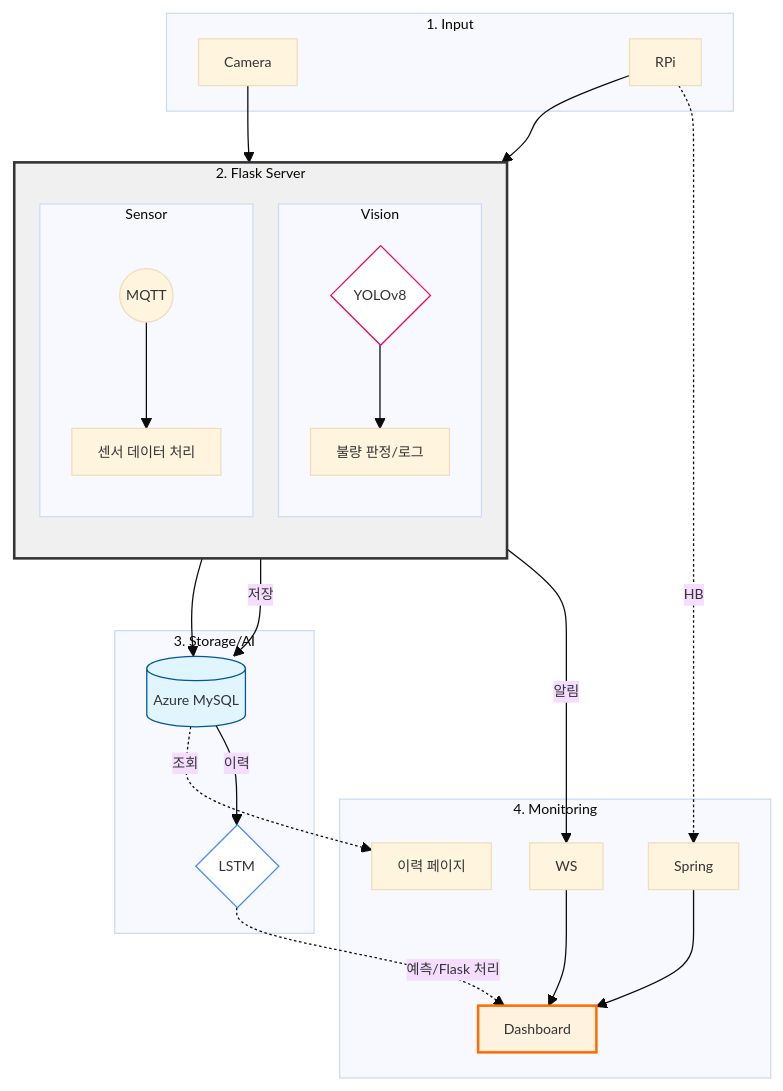
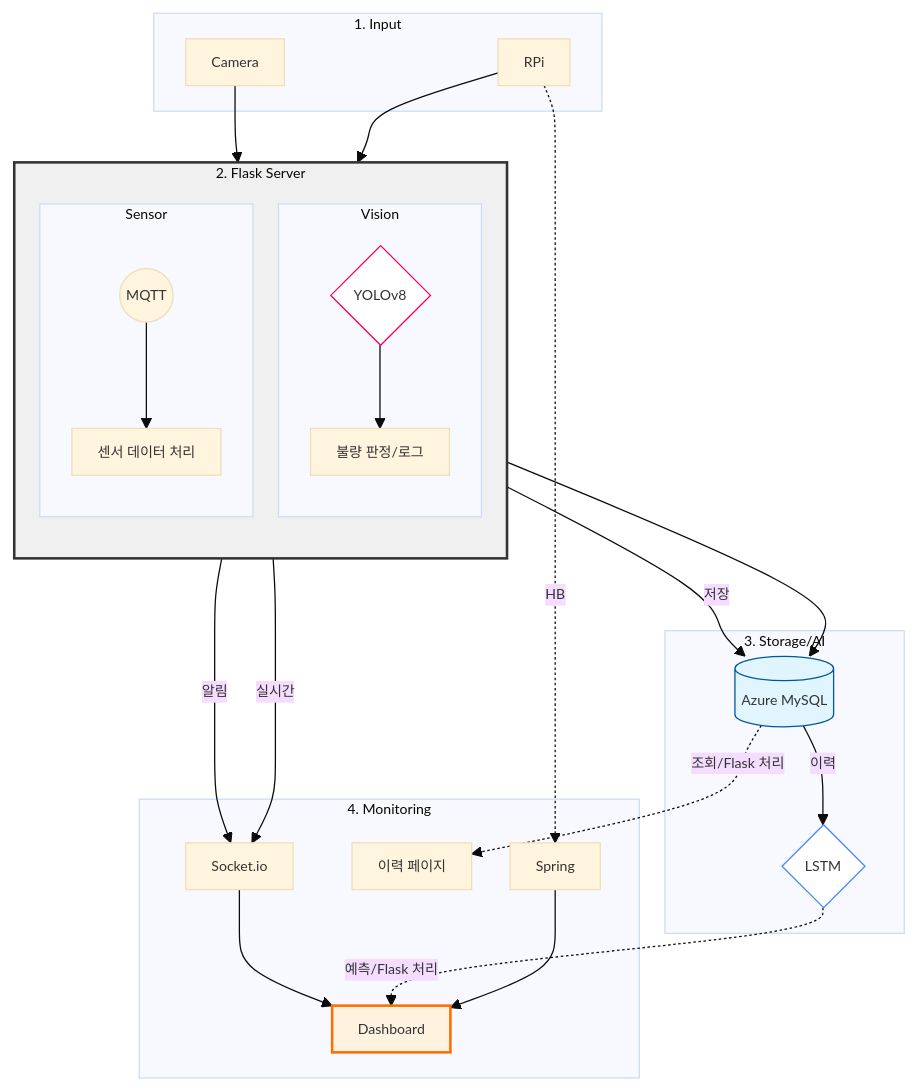
One commit to betterproject-dev/spider_front changed the diagram in README.md. Above: the diagram before and after it, drawn with Mermaid. The commit also changed other lines of this file, not shown here.

Commit message:
Readme_4차 수정
Readme_4차 수정

````diff
--- a/README.md
+++ b/README.md
@@ -100,49 +100,50 @@
 ```mermaid
 %%{init: {'theme':'base', 'themeVariables': {'fontSize':'11px'}, 'flowchart': {'nodeSpacing': 30, 'rankSpacing': 40, 'padding': 10}}}%%
 graph TD
     %% 1. Data Collection
     subgraph IN ["1. Input"]
         CAM[Camera]
         RPi[RPi]
     end
     %% 2. Central Controller (Flask)
     subgraph CC ["2. Flask Server"]
         direction TB
         subgraph VP ["Vision"]
             YOLO{"YOLOv8"} --> YL[불량 판정/로그]
         end
         subgraph SP ["Sensor"]
             MQ((MQTT)) --> SPc[센서 데이터 처리]
         end
     end
     %% 3. Storage & AI
     subgraph ST ["3. Storage/AI"]
         DB[(Azure MySQL)]
         LSTM{"LSTM"}
     end
     %% 4. Monitoring
     subgraph MN ["4. Monitoring"]
-        WS[WS]
+        SIO[Socket.io]
         UI[Dashboard]
         UL[이력 페이지]
         SB[Spring]
     end
     %% Flow
     CAM --> YOLO
-    YL -->|알림| WS
+    YL -->|알림| SIO
     YL -->|저장| DB
-    WS --> UI
+    SIO --> UI
     RPi --> MQ
     SPc --> DB
+    SPc -->|실시간| SIO
     DB -->|이력| LSTM
     LSTM -.->|예측/Flask 처리| UI
-    DB -.->|조회| UL
+    DB -.->|조회/Flask 처리| UL
     RPi -.->|HB| SB
     SB --> UI
     %% 스타일링
     style CC fill:#f0f0f0,stroke:#333,stroke-width:2px
     style YOLO fill:#fff,stroke:#e06,stroke-width:1px
     style LSTM fill:#fff,stroke:#448aff,stroke-width:1px
     style DB fill:#e1f5fe,stroke:#01579b
     style UI fill:#fff3e0,stroke:#ff6d00,stroke-width:2px
 ```
````
